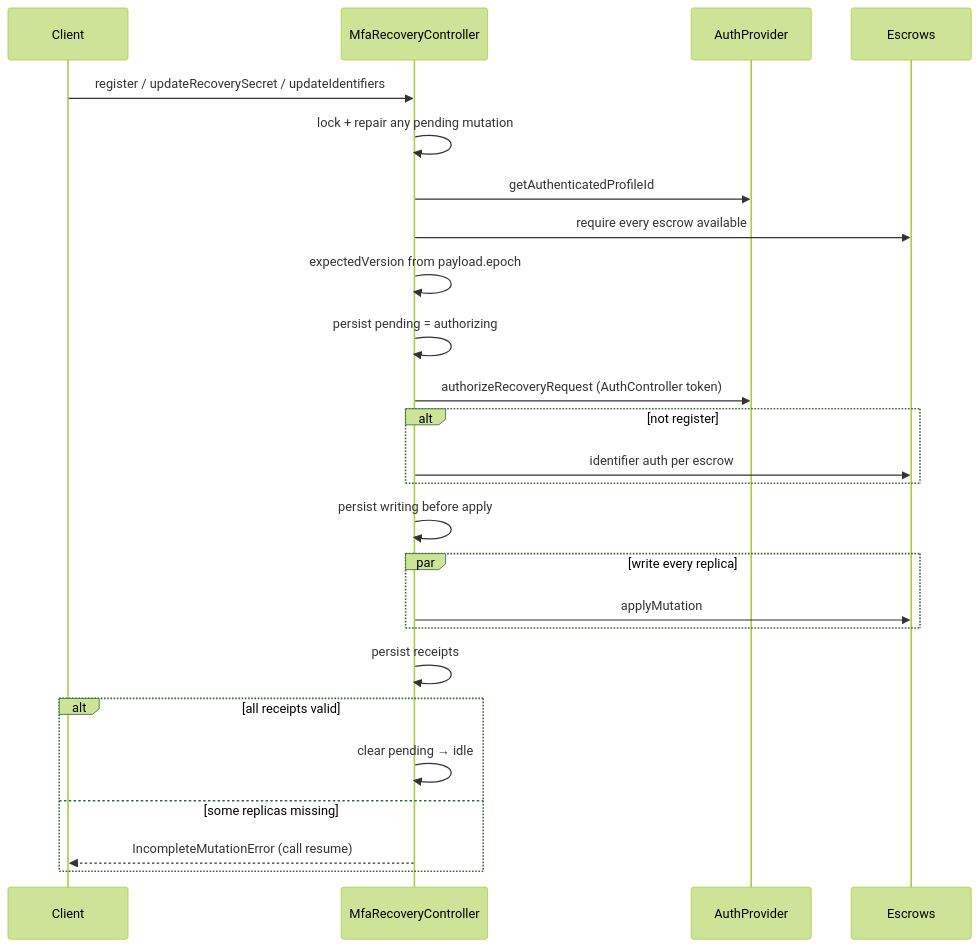
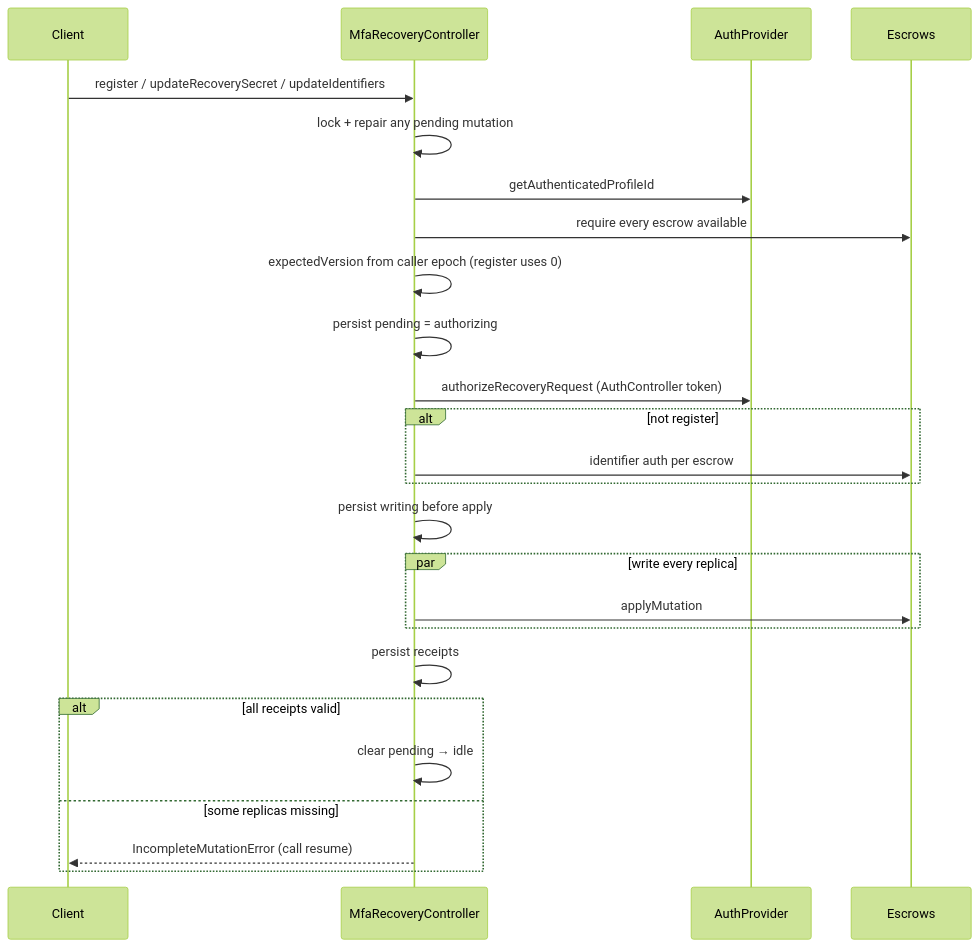
Before and after one commit to MetaMask/core: the third of 6 diagrams in packages/mfa-recovery-controller/ARCHITECTURE.md, drawn with Mermaid (forest theme). The commit also changed other lines of this file and 9 other files, not shown here.

````diff
--- a/packages/mfa-recovery-controller/ARCHITECTURE.md
+++ b/packages/mfa-recovery-controller/ARCHITECTURE.md
@@ -87,28 +87,28 @@
 ```mermaid
 sequenceDiagram
   participant C as Client
   participant M as MfaRecoveryController
   participant A as AuthProvider
   participant E as Escrows
 
   C->>M: register / updateRecoverySecret / updateIdentifiers
   M->>M: lock + repair any pending mutation
   M->>A: getAuthenticatedProfileId
   M->>E: require every escrow available
-  M->>M: expectedVersion from payload.epoch
+  M->>M: expectedVersion from caller epoch (register uses 0)
   M->>M: persist pending = authorizing
   M->>A: authorizeRecoveryRequest (AuthController token)
   alt not register
     M->>E: identifier auth per escrow
   end
   M->>M: persist writing before apply
   par write every replica
     M->>E: applyMutation
   end
   M->>M: persist receipts
   alt all receipts valid
     M->>M: clear pending → idle
   else some replicas missing
     M-->>C: IncompleteMutationError (call resume)
   end
 ```
````
